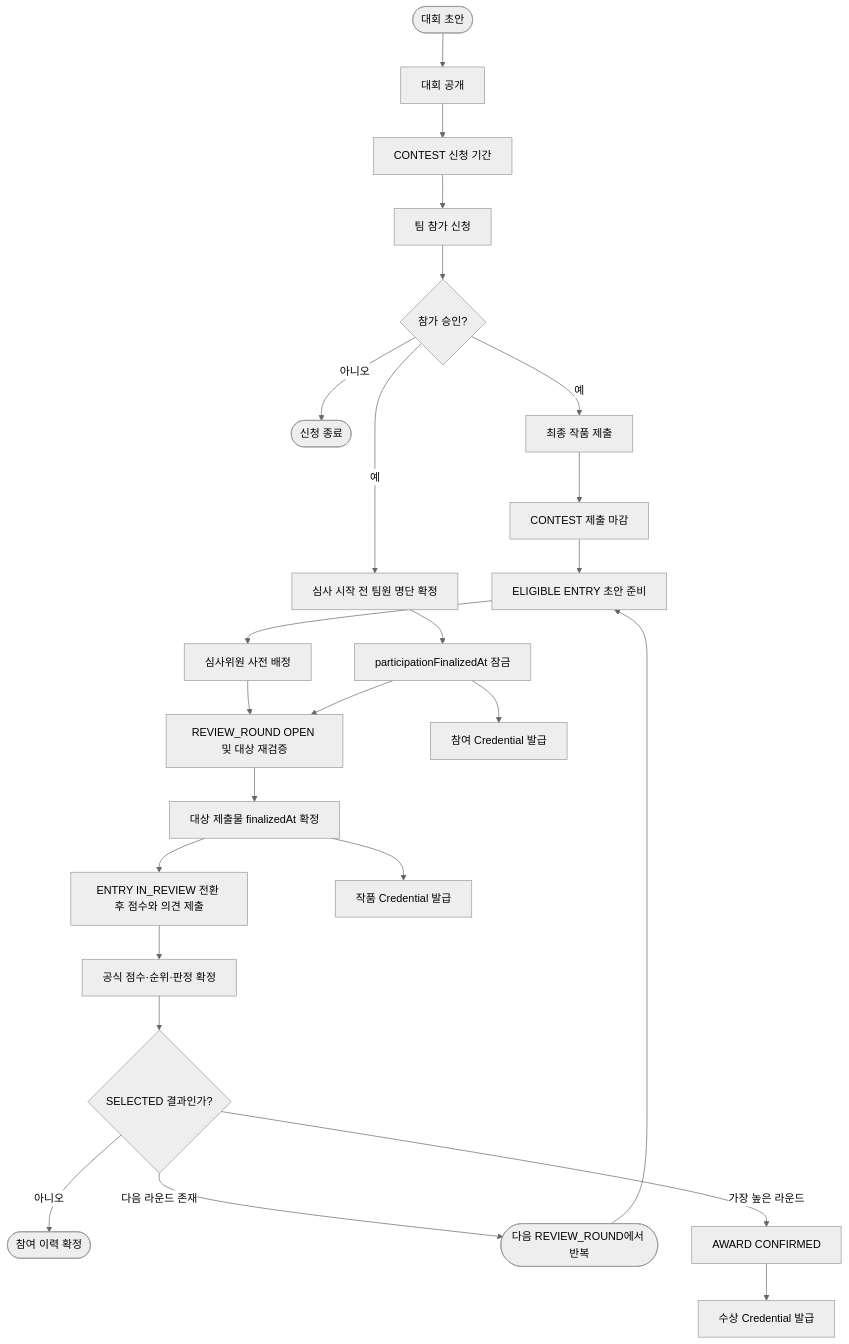
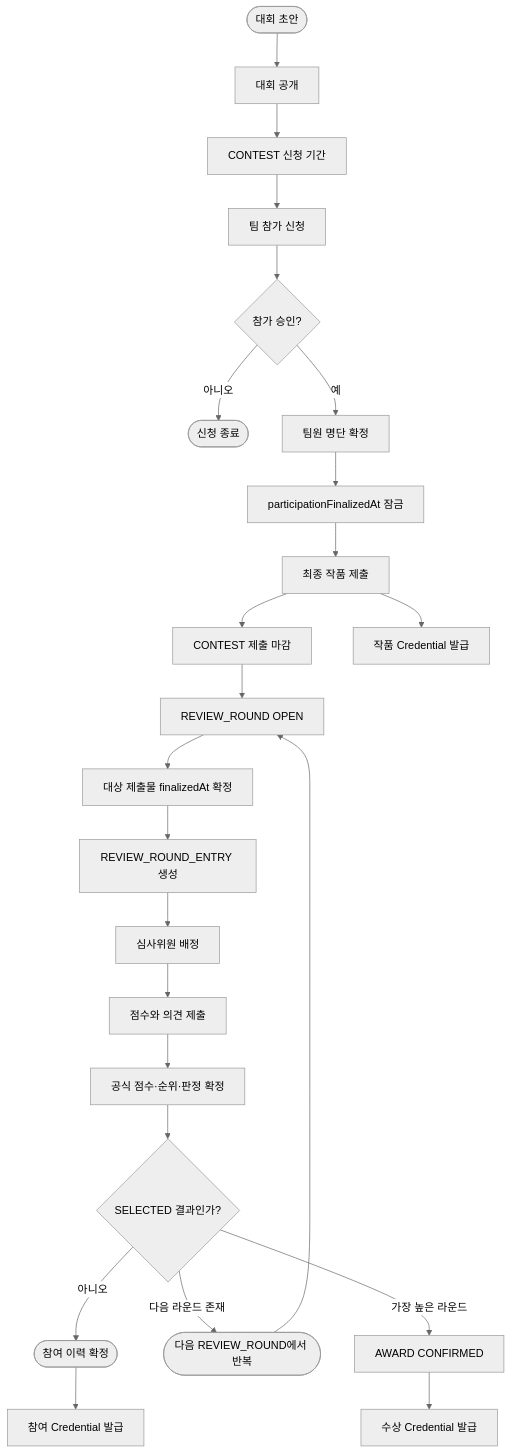
The sixth of 22 diagrams in docs/architecture-diagrams.md (Tok-Baro/Trekkey_BackEnd), drawn with Mermaid (neutral theme) before and after one commit. The commit also changed other lines of this file and 408 other files, not shown here.

````diff
--- a/docs/architecture-diagrams.md
+++ b/docs/architecture-diagrams.md
@@ -210,27 +208,26 @@
 ```mermaid
 flowchart TD
     contestDraft(["대회 초안"]) --> contestOpen["대회 공개"]
     contestOpen --> application["CONTEST 신청 기간"]
     application --> teamApply["팀 참가 신청"]
     teamApply --> approval{"참가 승인?"}
     approval -->|"아니오"| rejected(["신청 종료"])
-    approval -->|"예"| submit["최종 작품 제출"]
-    approval -->|"예"| roster["심사 시작 전 팀원 명단 확정"]
+    approval -->|"예"| roster["팀원 명단 확정"]
     roster --> rosterLock["participationFinalizedAt 잠금"]
+    rosterLock --> submit["최종 작품 제출"]
     submit --> submissionDue["CONTEST 제출 마감"]
-    submissionDue --> roundEntry["ELIGIBLE ENTRY 초안 준비"]
-    roundEntry --> judgeAssign["심사위원 사전 배정"]
-    judgeAssign --> roundOpen["REVIEW_ROUND OPEN 및 대상 재검증"]
-    rosterLock --> roundOpen
+    submissionDue --> roundOpen["REVIEW_ROUND OPEN"]
     roundOpen --> submissionLock["대상 제출물 finalizedAt 확정"]
-    submissionLock --> review["ENTRY IN_REVIEW 전환 후 점수와 의견 제출"]
+    submissionLock --> roundEntry["REVIEW_ROUND_ENTRY 생성"]
+    roundEntry --> judgeAssign["심사위원 배정"]
+    judgeAssign --> review["점수와 의견 제출"]
     review --> finalize["공식 점수·순위·판정 확정"]
     finalize --> selected{"SELECTED 결과인가?"}
     selected -->|"아니오"| finished(["참여 이력 확정"])
     selected -->|"다음 라운드 존재"| nextRound(["다음 REVIEW_ROUND에서 반복"])
-    nextRound --> roundEntry
+    nextRound --> roundOpen
     selected -->|"가장 높은 라운드"| award["AWARD CONFIRMED"]
-    rosterLock --> participationCredential["참여 Credential 발급"]
-    submissionLock --> workCredential["작품 Credential 발급"]
+    finished --> participationCredential["참여 Credential 발급"]
+    submit --> workCredential["작품 Credential 발급"]
     award --> awardCredential["수상 Credential 발급"]
 ```
````
